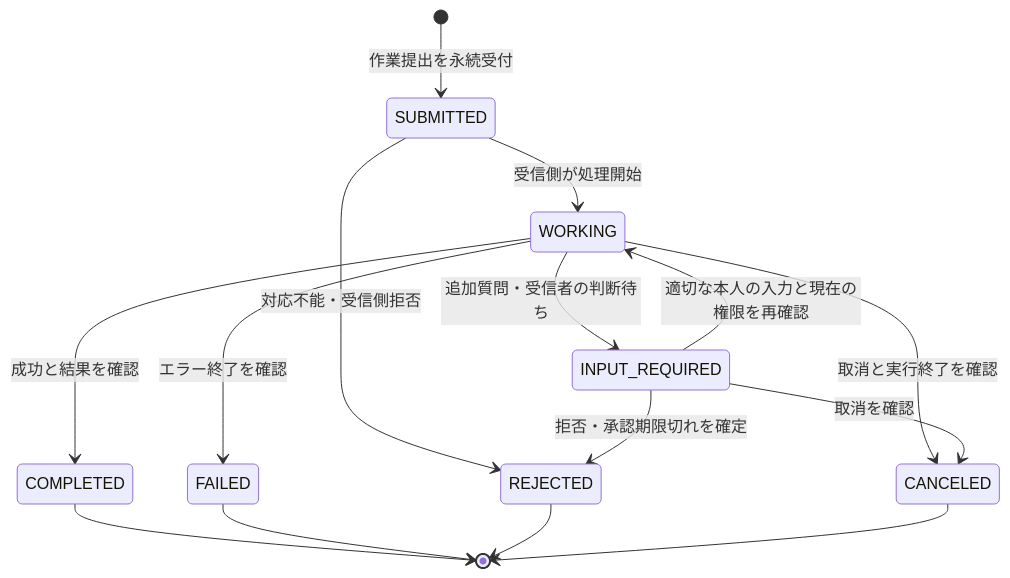
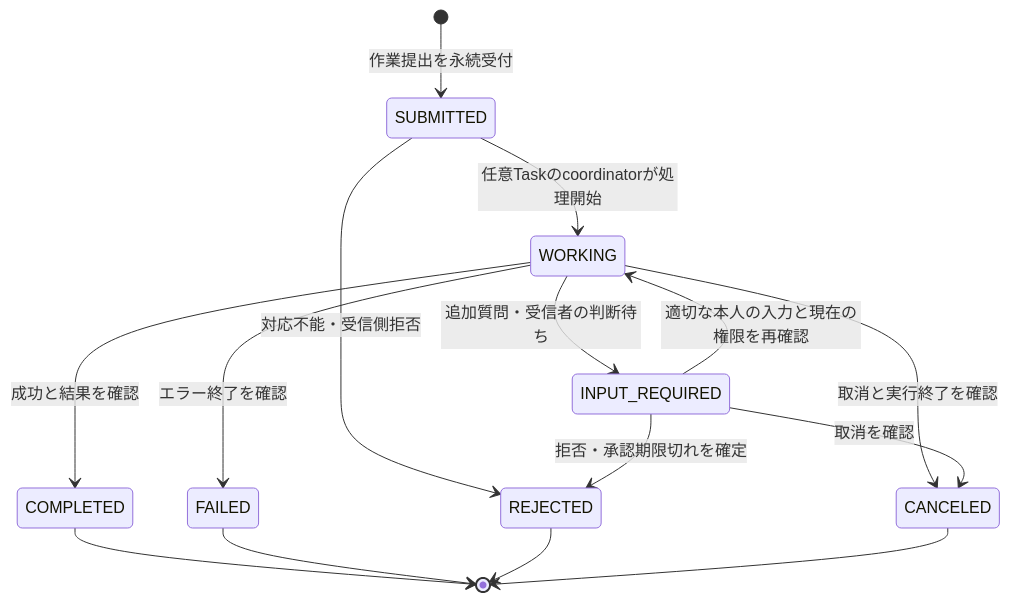
Before and after one commit to s-hiraoku/hiraoku-agent-base: the second of 2 diagrams in docs/generic-agent-async-design.md, drawn with Mermaid. The commit also changed other lines of this file and 22 other files, not shown here.

````diff
--- a/docs/generic-agent-async-design.md
+++ b/docs/generic-agent-async-design.md
@@ -119,17 +124,17 @@
 ```mermaid
 stateDiagram-v2
     [*] --> SUBMITTED: 作業提出を永続受付
-    SUBMITTED --> WORKING: 受信側が処理開始
+    SUBMITTED --> WORKING: 任意Taskのcoordinatorが処理開始
     SUBMITTED --> REJECTED: 対応不能・受信側拒否
     WORKING --> INPUT_REQUIRED: 追加質問・受信者の判断待ち
     INPUT_REQUIRED --> WORKING: 適切な本人の入力と現在の権限を再確認
     INPUT_REQUIRED --> REJECTED: 拒否・承認期限切れを確定
     WORKING --> COMPLETED: 成功と結果を確認
     WORKING --> FAILED: エラー終了を確認
     WORKING --> CANCELED: 取消と実行終了を確認
     INPUT_REQUIRED --> CANCELED: 取消を確認
     COMPLETED --> [*]
     FAILED --> [*]
     REJECTED --> [*]
     CANCELED --> [*]
 ```
````
